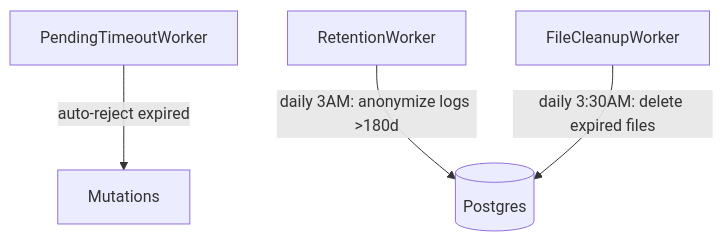
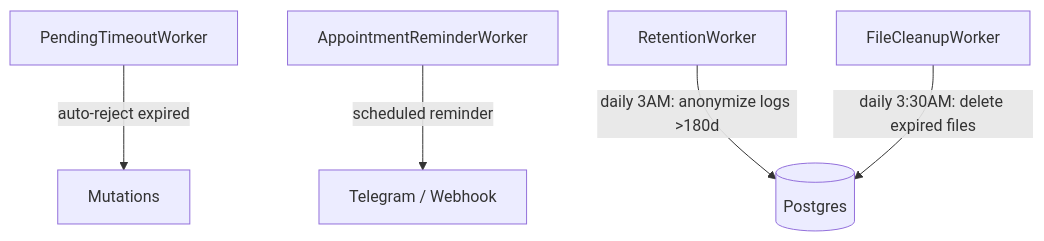
One commit to ndrean/reactor-crm_ex changed the fourth of 10 diagrams in README.md. Above: the diagram before and after it, drawn with Mermaid. The commit also changed other lines of this file, not shown here.

````diff
--- a/README.md
+++ b/README.md
@@ -66,6 +69,7 @@
 ```mermaid
 graph TB
     PT[PendingTimeoutWorker] -->|auto-reject expired| M[Mutations]
+    ARW[AppointmentReminderWorker] -->|scheduled reminder| TG[Telegram / Webhook]
     RW[RetentionWorker] -->|"daily 3AM: anonymize logs >180d"| DB[(Postgres)]
     FCW[FileCleanupWorker] -->|"daily 3:30AM: delete expired files"| DB
 ```
````
